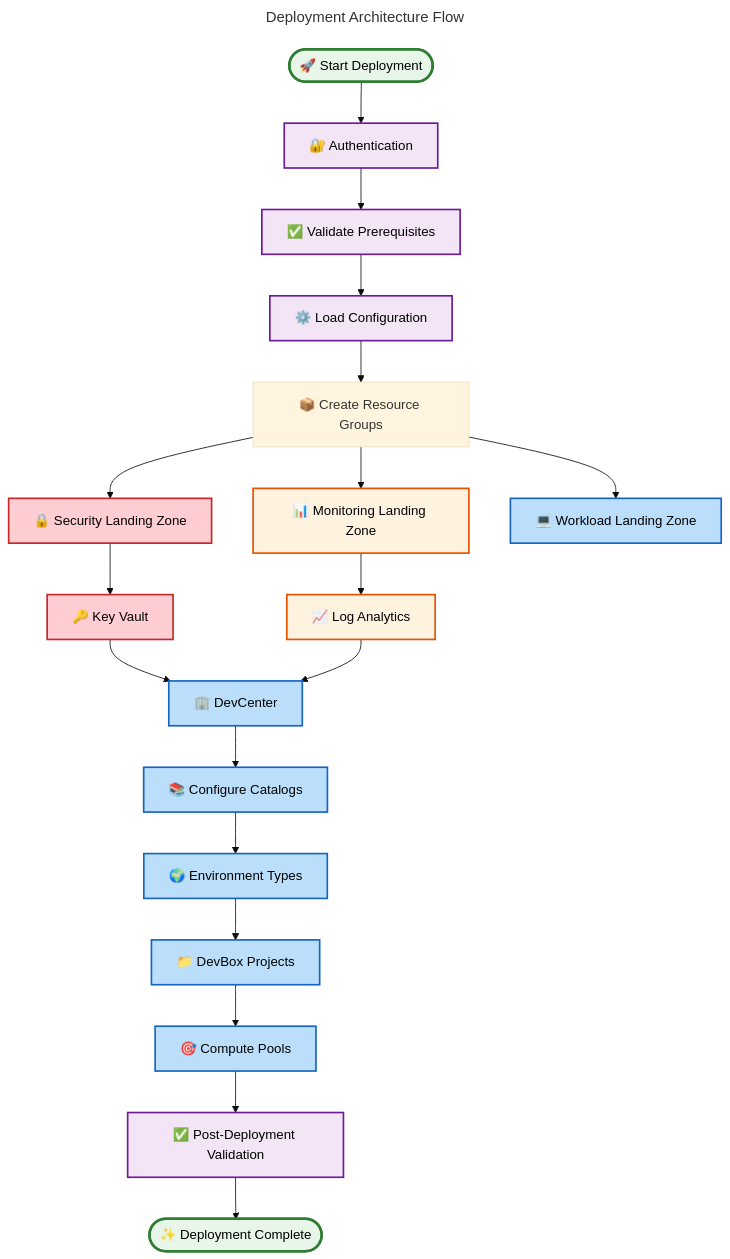
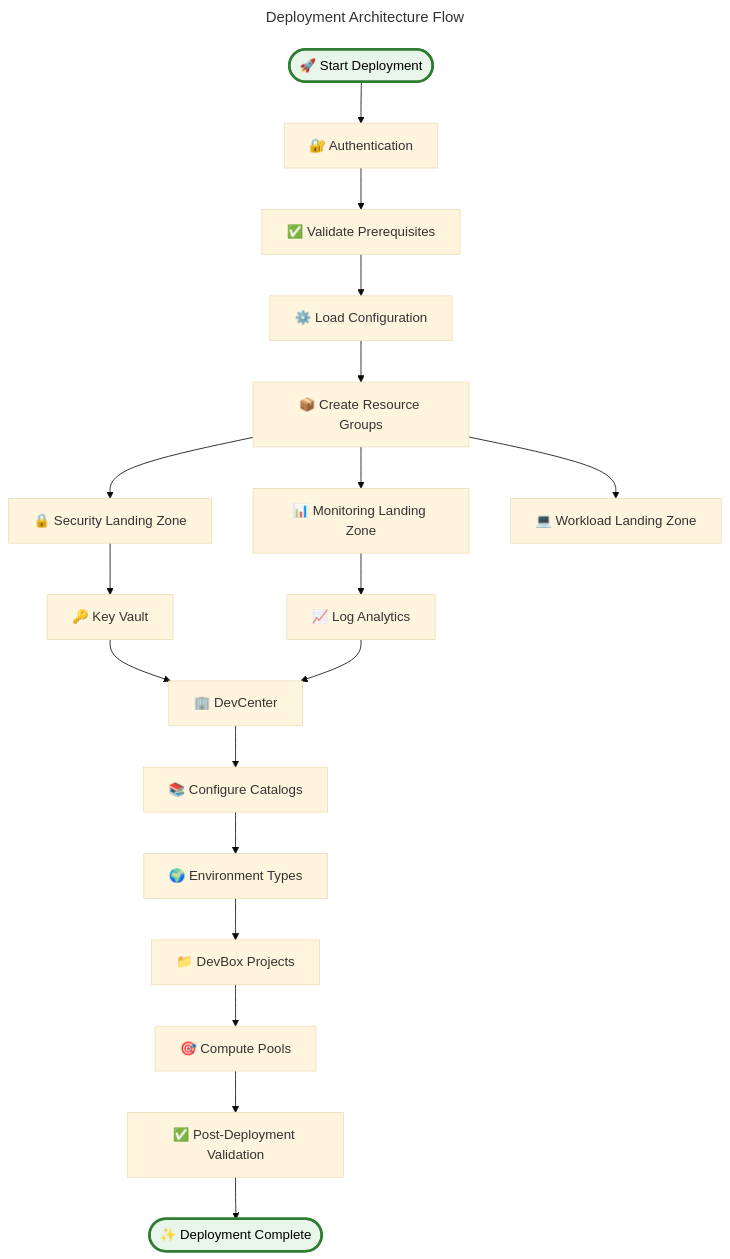
The first of 2 diagrams in README.md (Evilazaro/DevExp-DevBox), drawn with Mermaid before and after one commit. The commit also changed other lines of this file, not shown here.

Commit message:
refactor: enhance flowchart styling and accessibility in README.md

````diff
--- a/README.md
+++ b/README.md
@@ -173,49 +173,48 @@
 ```mermaid
 ---
 title: Deployment Architecture Flow
 config:
   theme: base
+  themeVariables:
+    fontSize: '16px'
 ---
 flowchart TB
     accTitle: Azure DevBox Deployment Process Flow
     accDescr: Sequential flowchart showing the Azure DevBox deployment workflow from authentication through final validation, including landing zone creation and service configuration
 
-    start([🚀 Start Deployment]):::startEnd
+    %% AZURE / FLUENT ARCHITECTURE PATTERN v1.1
+    %% (Semantic + Structural + Font + Accessibility Governance)
+    %% ═══════════════════════════════════════════════════════════════
+    %% Neutral-first structure: Process flow uses neutral surfaces
+    %% Semantic colors reserved for: success states only
+    %% All process nodes use consistent neutral styling
+    %% ═══════════════════════════════════════════════════════════════
+
+    start([🚀 Start Deployment]):::success
 
     start --> auth[🔐 Authentication]
     auth --> prereq[✅ Validate Prerequisites]
     prereq --> config[⚙️ Load Configuration]
 
     config --> rg[📦 Create Resource Groups]
     rg --> security[🔒 Security Landing Zone]
     rg --> monitoring[📊 Monitoring Landing Zone]
     rg --> workload[💻 Workload Landing Zone]
 
     security --> kv[🔑 Key Vault]
     monitoring --> la[📈 Log Analytics]
 
     kv --> devcenter[🏢 DevCenter]
     la --> devcenter
 
     devcenter --> catalog[📚 Configure Catalogs]
     catalog --> envtypes[🌍 Environment Types]
     envtypes --> projects[📁 DevBox Projects]
     projects --> pools[🎯 Compute Pools]
 
     pools --> validate[✅ Post-Deployment Validation]
-    validate --> complete([✨ Deployment Complete]):::startEnd
+    validate --> complete([✨ Deployment Complete]):::success
 
-    %% Color Taxonomy: Microsoft Fluent UI / Azure Design System
-    %% Security (Red): #FFCDD2 | Monitoring (Orange): #FFF3E0 | Workload (Blue): #BBDEFB
-    %% Identity/Config (Purple): #F3E5F5 | Success/Start-End (Green): #E8F5E9
-    classDef startEnd fill:#E8F5E9,stroke:#2E7D32,stroke-width:3px,color:#000
-    classDef security fill:#FFCDD2,stroke:#C62828,stroke-width:2px,color:#000
-    classDef monitoring fill:#FFF3E0,stroke:#E65100,stroke-width:2px,color:#000
-    classDef workload fill:#BBDEFB,stroke:#1565C0,stroke-width:2px,color:#000
-    classDef config fill:#F3E5F5,stroke:#6A1B9A,stroke-width:2px,color:#000
-
-    class security,kv security
-    class monitoring,la monitoring
-    class workload,devcenter,catalog,envtypes,projects,pools workload
-    class auth,prereq,config,validate config
+    %% Centralized styling - neutral surfaces with semantic success indicators
+    classDef success fill:#E8F5E9,stroke:#2E7D32,stroke-width:3px,color:#000
 ```
````
